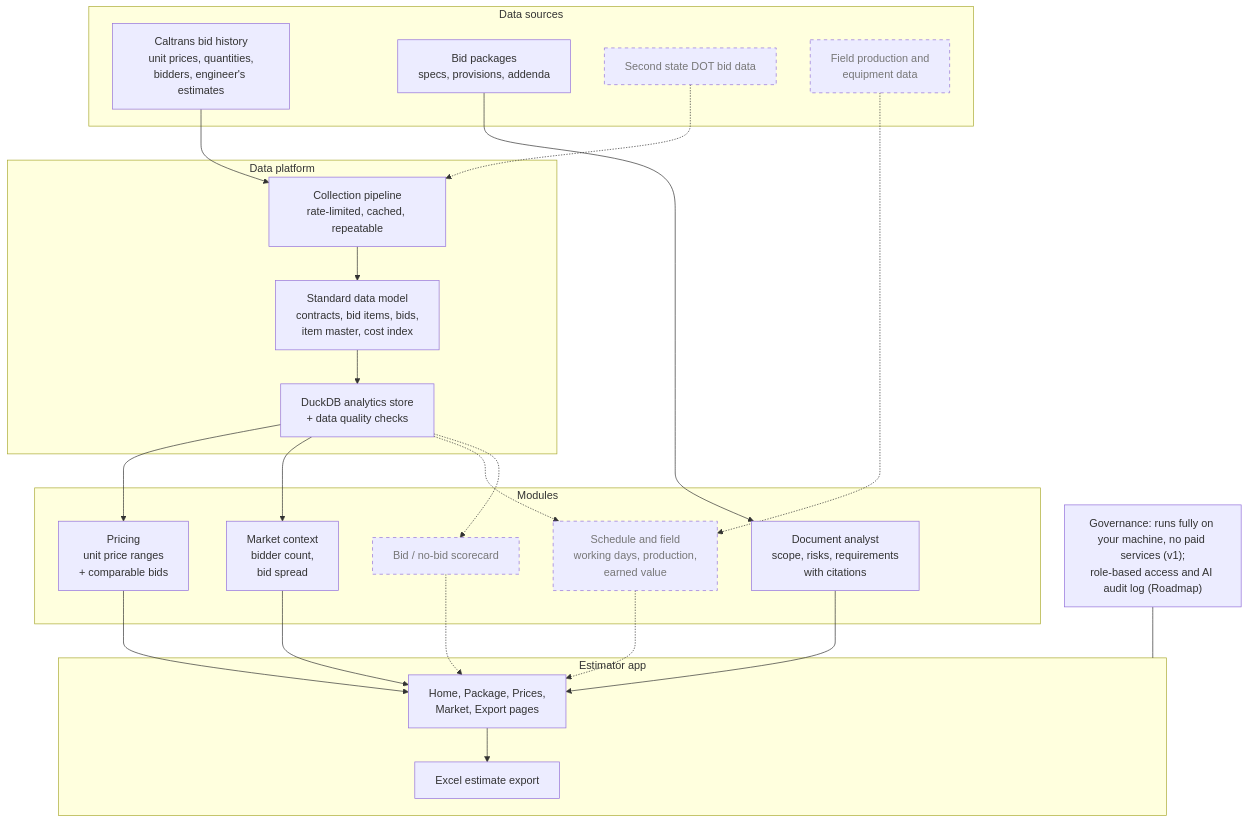
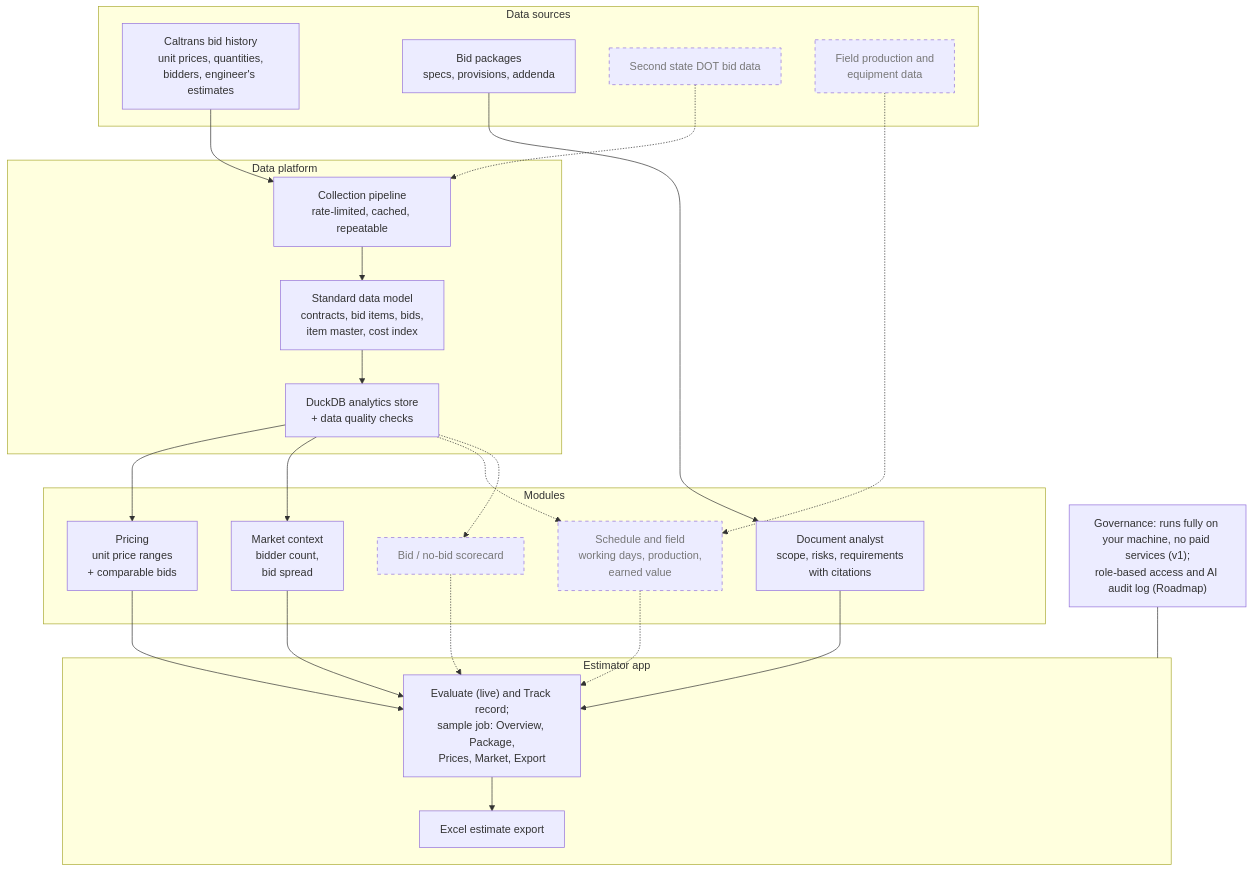
Before and after one commit to Tanmaypathak18/bidlens: the second of 2 diagrams in README.md, drawn with Mermaid. The commit also changed other lines of this file and 51 other files, not shown here.

First line of the commit message:
Live evaluation: price any past Caltrans job or an uploaded bid list, step by step

````diff
--- a/README.md
+++ b/README.md
@@ -96,50 +108,50 @@
 ```mermaid
 flowchart TB
     subgraph SRC["Data sources"]
         S1["Caltrans bid history<br/>unit prices, quantities,<br/>bidders, engineer's estimates"]
         S2["Bid packages<br/>specs, provisions, addenda"]
         S3["Second state DOT bid data"]
         S4["Field production and<br/>equipment data"]
     end
 
     subgraph PLAT["Data platform"]
         P1["Collection pipeline<br/>rate-limited, cached, repeatable"]
         P2["Standard data model<br/>contracts, bid items, bids,<br/>item master, cost index"]
         P3["DuckDB analytics store<br/>+ data quality checks"]
         P1 --> P2 --> P3
     end
 
     subgraph MOD["Modules"]
         M1["Pricing<br/>unit price ranges<br/>+ comparable bids"]
         M2["Market context<br/>bidder count,<br/>bid spread"]
         M3["Document analyst<br/>scope, risks, requirements<br/>with citations"]
         M4["Schedule and field<br/>working days, production,<br/>earned value"]
         M5["Bid / no-bid scorecard"]
     end
 
     subgraph APP["Estimator app"]
-        A1["Home, Package, Prices,<br/>Market, Export pages"]
+        A1["Evaluate (live) and Track record;<br/>sample job: Overview, Package,<br/>Prices, Market, Export"]
         A2["Excel estimate export"]
     end
 
     G["Governance: runs fully on your machine, no paid services (v1);<br/>role-based access and AI audit log (Roadmap)"]
 
     S1 --> P1
     S2 --> M3
     S3 -.-> P1
     S4 -.-> M4
     P3 --> M1
     P3 --> M2
     P3 -.-> M4
     P3 -.-> M5
     M1 --> A1
     M2 --> A1
     M3 --> A1
     M4 -.-> A1
     M5 -.-> A1
     A1 --> A2
     G --- APP
 
     classDef roadmap stroke-dasharray: 5 5,color:#777;
     class S3,S4,M4,M5 roadmap;
 ```
````
